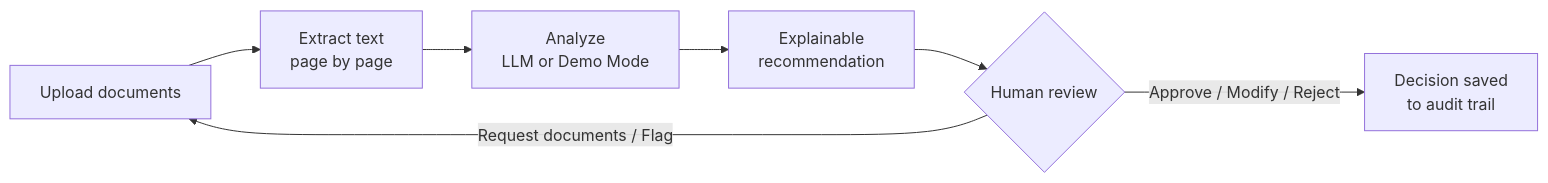
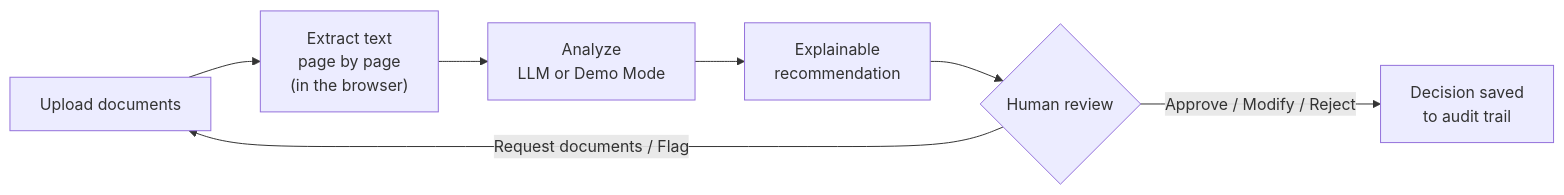
Before and after one commit to eayub006-source/caseclarity-ai: the first of 2 diagrams in README.md, drawn with Mermaid. The commit also changed other lines of this file and 4 other files, not shown here.

````diff
--- a/README.md
+++ b/README.md
@@ -90,9 +90,9 @@
 ```mermaid
 flowchart LR
-  U["Upload documents"] --> X["Extract text<br/>page by page"]
+  U["Upload documents"] --> X["Extract text<br/>page by page<br/>(in the browser)"]
   X --> A["Analyze<br/>LLM or Demo Mode"]
   A --> R["Explainable<br/>recommendation"]
   R --> H{"Human review"}
   H -->|"Approve / Modify / Reject"| L["Decision saved<br/>to audit trail"]
   H -->|"Request documents / Flag"| U
 ```
````
